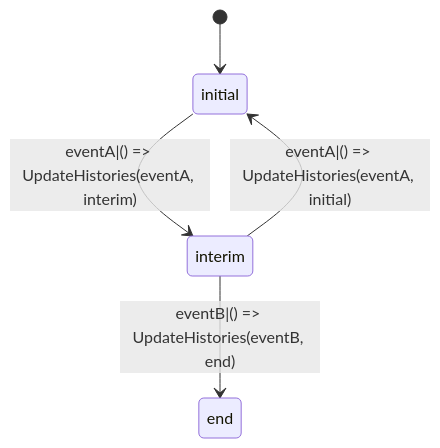
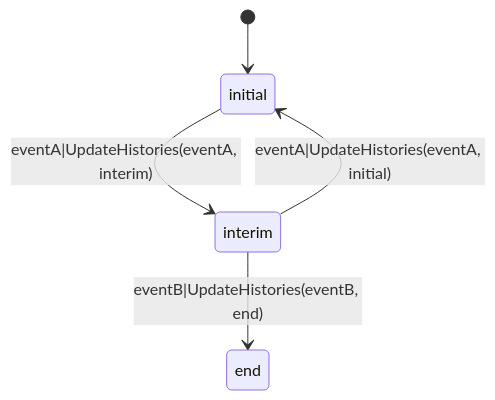
The diagram in NicUtilsTest/Resources/RegressionTestStateDiagram.mmd (niceholgate/CSharpUseful), drawn with Mermaid before and after one commit. The commit also changed 8 other files, not shown here.

```diff
--- a/NicUtilsTest/Resources/RegressionTestStateDiagram.mmd
+++ b/NicUtilsTest/Resources/RegressionTestStateDiagram.mmd
@@ -1,5 +1,5 @@
 stateDiagram-v2
     [*] --> initial
-    initial --> interim: eventA|() => UpdateHistories(eventA, interim)
-    interim --> initial: eventA|() => UpdateHistories(eventA, initial)
-    interim --> end: eventB|() => UpdateHistories(eventB, end)
+    initial --> interim: eventA|UpdateHistories(eventA, interim)
+    interim --> initial: eventA|UpdateHistories(eventA, initial)
+    interim --> end: eventB|UpdateHistories(eventB, end)
```
